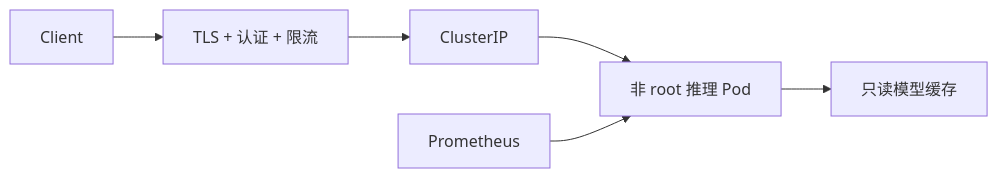
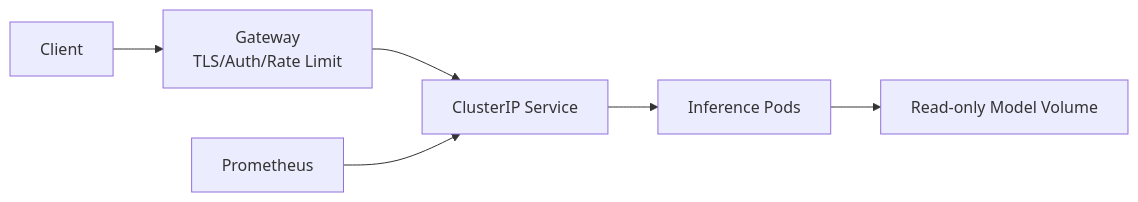
One commit to caomaolufei/AIInfraGuide changed the second of 2 diagrams in docs/guides/模块四-推理优化/第11章-推理优化选型与端到端实战/11.3-端到端部署实战.md. Above: the diagram before and after it, drawn with Mermaid. The commit also changed other lines of this file and 53 other files, not shown here.

````diff
--- a/docs/guides/模块四-推理优化/第11章-推理优化选型与端到端实战/11.3-端到端部署实战.md
+++ b/docs/guides/模块四-推理优化/第11章-推理优化选型与端到端实战/11.3-端到端部署实战.md
@@ -102,8 +667,8 @@
 ```mermaid
 flowchart LR
-    Client --> Gateway["TLS + 认证 + 限流"]
-    Gateway --> Service["ClusterIP"]
-    Service --> Pod["非 root 推理 Pod"]
-    Pod --> Model["只读模型缓存"]
-    Monitor["Prometheus"] --> Pod
+    C["Client"] --> G["Gateway\nTLS/Auth/Rate Limit"]
+    G --> S["ClusterIP Service"]
+    S --> P["Inference Pods"]
+    M["Prometheus"] --> S
+    P --> V["Read-only Model Volume"]
 ```
````
